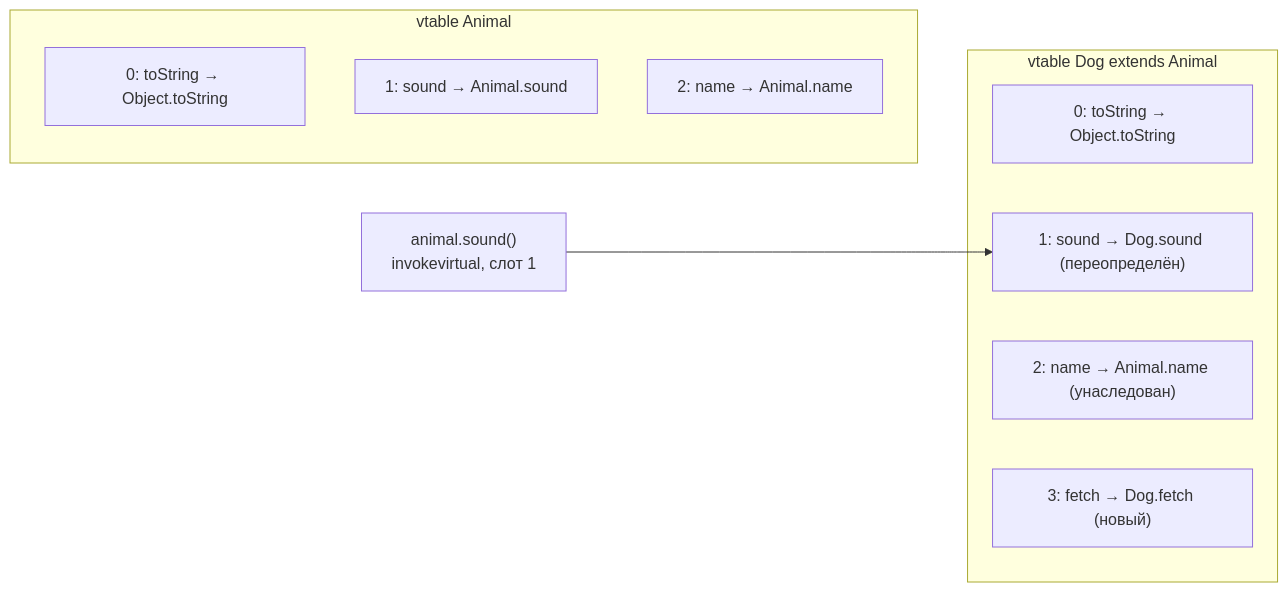
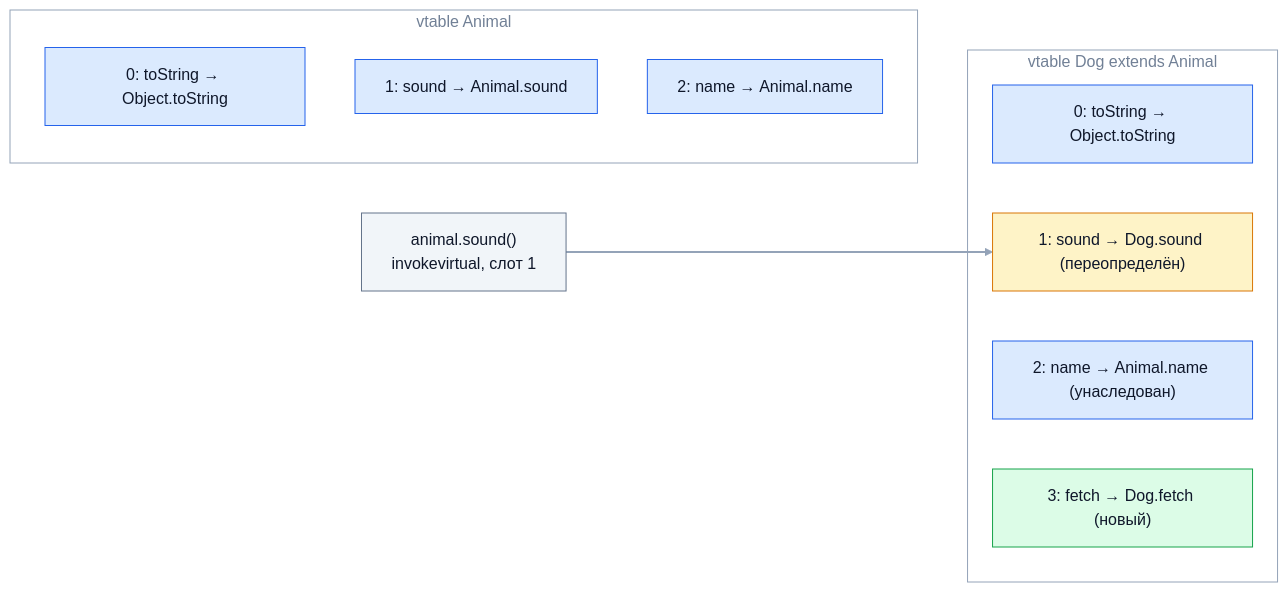
One commit to bogdan111305/java-senior-roadmap changed the diagram in kb/03-oop/03-polymorphism.md. Above: the diagram before and after it, drawn with Mermaid. The commit also changed 31 other files, not shown here.

````diff
--- a/kb/03-oop/03-polymorphism.md
+++ b/kb/03-oop/03-polymorphism.md
@@ -163,15 +163,27 @@
 ```mermaid
 flowchart LR
     subgraph AV["vtable Animal"]
         A0["0: toString → Object.toString"]
         A1["1: sound → Animal.sound"]
         A2["2: name → Animal.name"]
     end
     subgraph DV["vtable Dog extends Animal"]
         D0["0: toString → Object.toString"]
         D1["1: sound → Dog.sound (переопределён)"]
         D2["2: name → Animal.name (унаследован)"]
         D3["3: fetch → Dog.fetch (новый)"]
     end
     CALL["animal.sound()<br/>invokevirtual, слот 1"] --> D1
+    classDef main fill:#dbeafe,stroke:#2563eb,color:#0f172a
+    classDef accent fill:#fef3c7,stroke:#d97706,color:#0f172a
+    classDef good fill:#dcfce7,stroke:#16a34a,color:#0f172a
+    classDef muted fill:#f1f5f9,stroke:#64748b,color:#0f172a
+    classDef bad fill:#fee2e2,stroke:#dc2626,color:#0f172a
+    class A0,A1,A2,D0,D2 main
+    class D1 accent
+    class D3 good
+    class CALL muted
+    style AV fill:none,stroke:#94a3b8,color:#718096
+    style DV fill:none,stroke:#94a3b8,color:#718096
+    linkStyle default stroke:#94a3b8,stroke-width:2px
 ```
````
